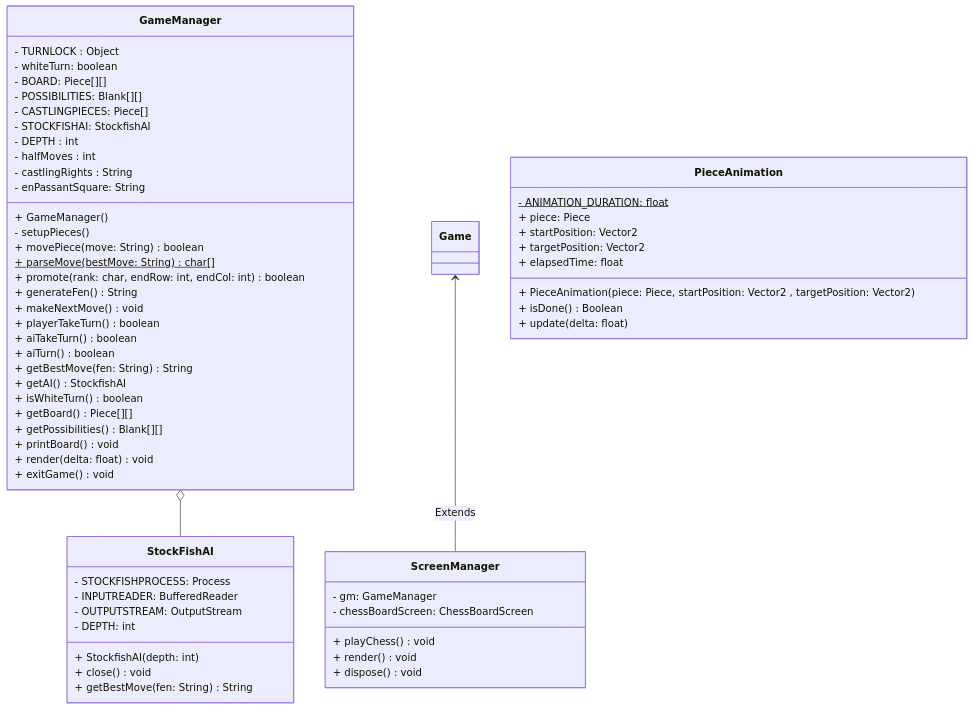
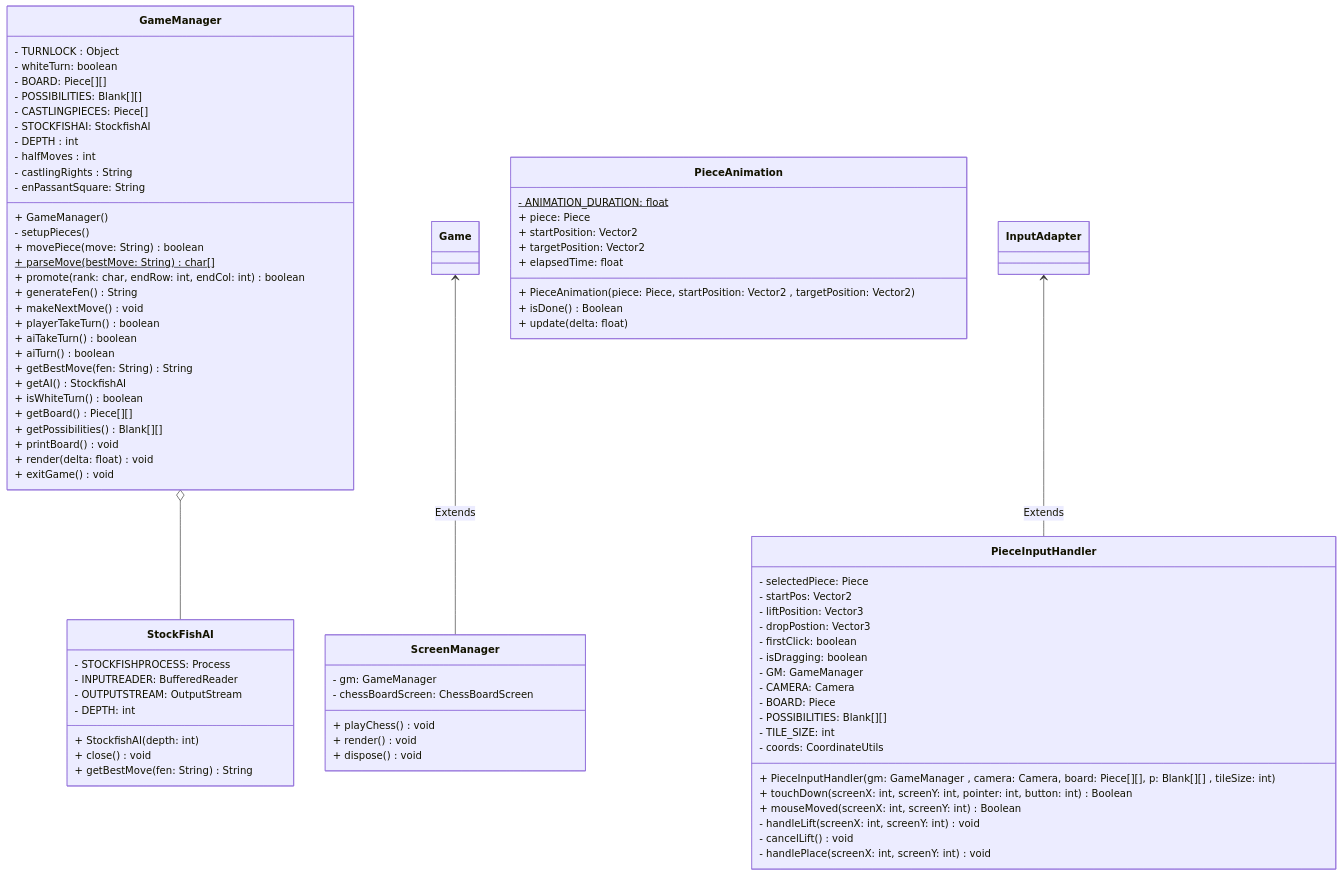
Before and after one commit to cis3296f24/gameroomgdx: the diagram in ClassDiagram.md, drawn with Mermaid.

Commit message:
Added class pieceinputhandler to the diagram

````diff
--- a/ClassDiagram.md
+++ b/ClassDiagram.md
@@ -71,5 +71,34 @@
         + isDone() Boolean
         + update(delta: float)
     }
-
+    
+    class InputAdapter{
+        
+    }
+    
+    class PieceInputHandler{
+        - selectedPiece: Piece
+        - startPos: Vector2
+        - liftPosition: Vector3
+        - dropPostion: Vector3
+        - firstClick: boolean
+        - isDragging: boolean
+        
+        - GM: GameManager
+        - CAMERA: Camera
+        - BOARD: Piece
+        - POSSIBILITIES: Blank[][]
+        - TILE_SIZE: int
+        
+        - coords: CoordinateUtils
+        
+        + PieceInputHandler(gm: GameManager , camera: Camera, board: Piece[][], p: Blank[][] , tileSize: int)
+        + touchDown(screenX: int, screenY: int, pointer: int, button: int) Boolean
+        + mouseMoved(screenX: int, screenY: int) Boolean
+        - handleLift(screenX: int, screenY: int) void
+        - cancelLift() void
+        - handlePlace(screenX: int, screenY: int) void
+    }
+    
+    InputAdapter <-- PieceInputHandler: Extends
 ```
````
